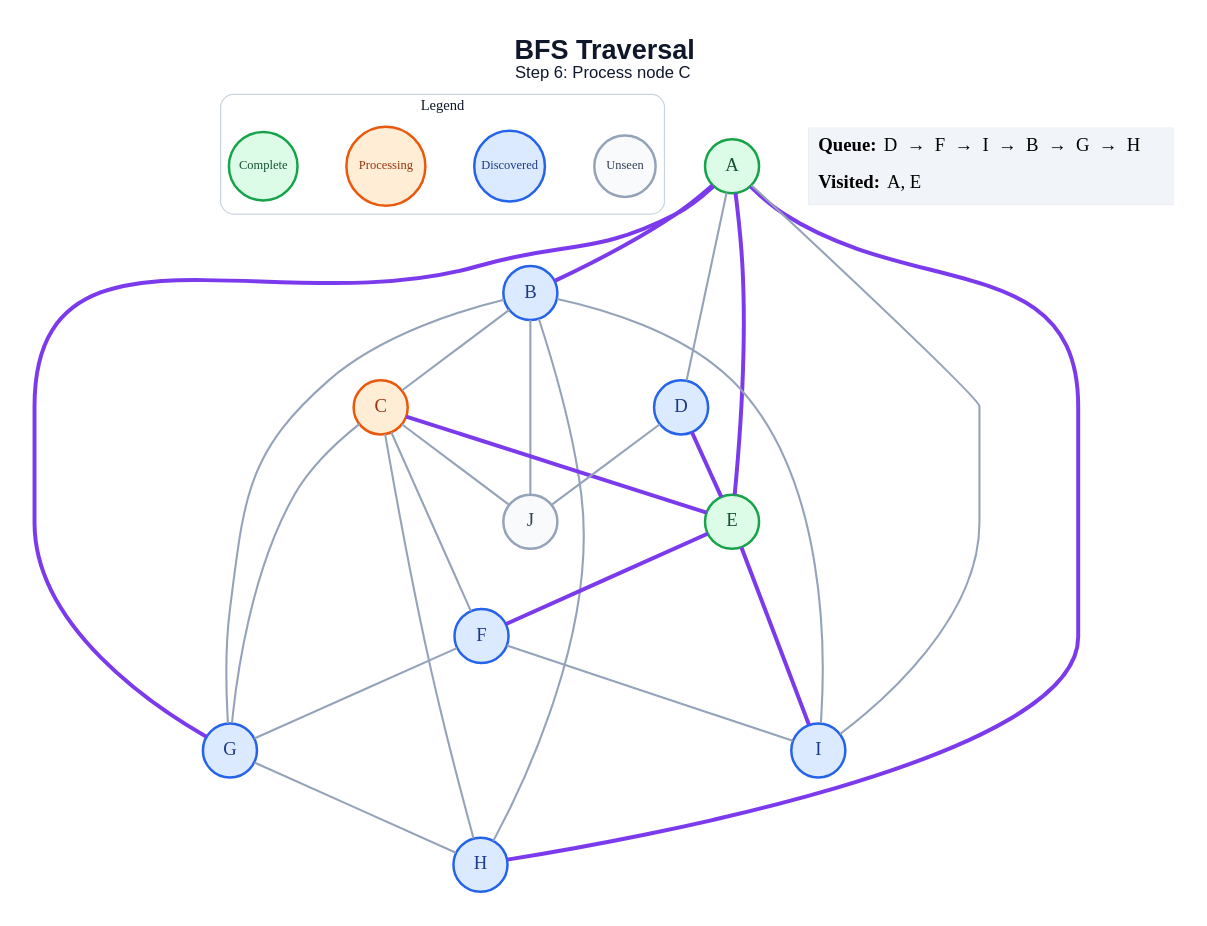
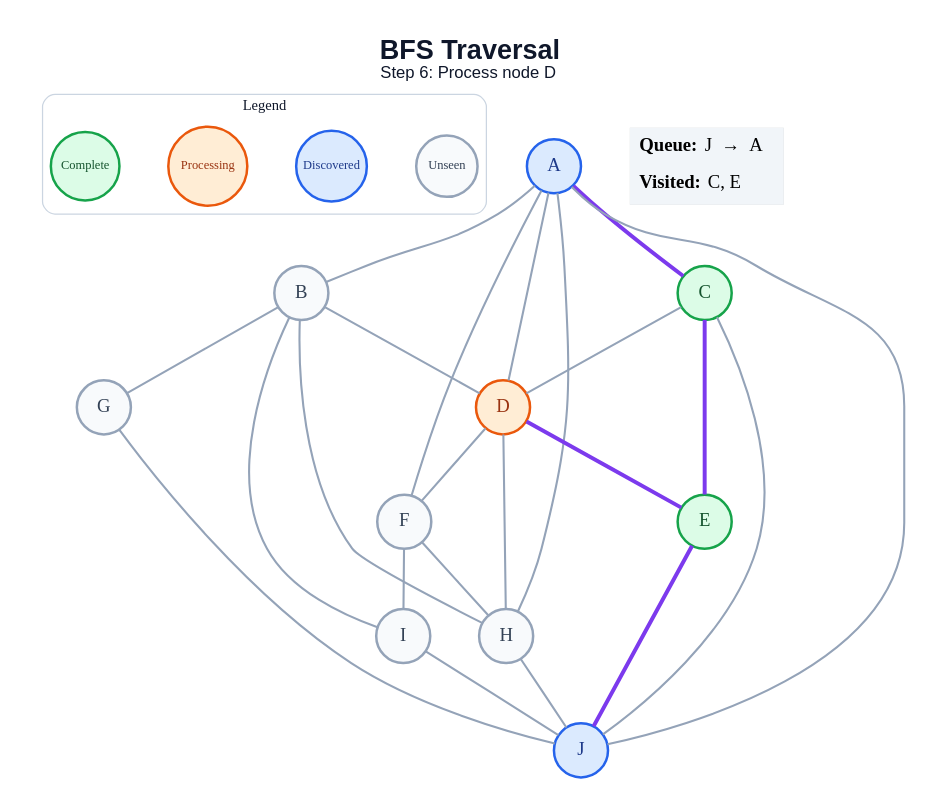
The diagram in generated/specific-node/bfs/step_06.dot (amanghodawala9/ai-slop), drawn with Graphviz before and after one commit. The commit also changed 178 other files, not shown here.

```diff
--- a/generated/specific-node/bfs/step_06.dot
+++ b/generated/specific-node/bfs/step_06.dot
@@ -1,52 +1,51 @@
 graph traversal {
   graph [layout=dot, rankdir=TB, bgcolor="#FFFFFF", pad="0.35", nodesep="0.65", ranksep="0.8", fontname="Arial"];
   node [shape=circle, style="filled", fontname="Arial Bold", fontsize=18, width=0.72, fixedsize=true, penwidth=2.4];
   edge [color="#94A3B8", penwidth=2.0];
-  label=<<B>BFS Traversal</B><BR/><FONT POINT-SIZE="16">Step 6: Process node C</FONT>>; labelloc="t"; fontsize=26; fontname="Arial"; fontcolor="#0F172A";
+  label=<<B>BFS Traversal</B><BR/><FONT POINT-SIZE="16">Step 6: Process node D</FONT>>; labelloc="t"; fontsize=26; fontname="Arial"; fontcolor="#0F172A";
   subgraph cluster_legend { label="Legend"; color="#CBD5E1"; penwidth=1.2; style="rounded"; fontsize=14; fontname="Arial Bold";
     key_unseen [label="Unseen", fillcolor="#F8FAFC", color="#94A3B8", fontcolor="#334155", fontsize=12, width=0.82];
     key_frontier [label="Discovered", fillcolor="#DBEAFE", color="#2563EB", fontcolor="#1E3A8A", fontsize=12, width=0.95];
     key_current [label="Processing", fillcolor="#FFEDD5", color="#EA580C", fontcolor="#9A3412", fontsize=12, width=1.05];
     key_done [label="Complete", fillcolor="#DCFCE7", color="#16A34A", fontcolor="#14532D", fontsize=12, width=0.92];
     { rank=same; key_unseen; key_frontier; key_current; key_done; }
   }
-  A [fillcolor="#DCFCE7", color="#16A34A", fontcolor="#14532D"];
-  B [fillcolor="#DBEAFE", color="#2563EB", fontcolor="#1E3A8A"];
-  C [fillcolor="#FFEDD5", color="#EA580C", fontcolor="#9A3412"];
-  D [fillcolor="#DBEAFE", color="#2563EB", fontcolor="#1E3A8A"];
+  A [fillcolor="#DBEAFE", color="#2563EB", fontcolor="#1E3A8A"];
+  B [fillcolor="#F8FAFC", color="#94A3B8", fontcolor="#334155"];
+  C [fillcolor="#DCFCE7", color="#16A34A", fontcolor="#14532D"];
+  D [fillcolor="#FFEDD5", color="#EA580C", fontcolor="#9A3412"];
   E [fillcolor="#DCFCE7", color="#16A34A", fontcolor="#14532D"];
-  F [fillcolor="#DBEAFE", color="#2563EB", fontcolor="#1E3A8A"];
-  G [fillcolor="#DBEAFE", color="#2563EB", fontcolor="#1E3A8A"];
-  H [fillcolor="#DBEAFE", color="#2563EB", fontcolor="#1E3A8A"];
-  I [fillcolor="#DBEAFE", color="#2563EB", fontcolor="#1E3A8A"];
-  J [fillcolor="#F8FAFC", color="#94A3B8", fontcolor="#334155"];
-  A -- B [color="#7C3AED", penwidth=3.8];
+  F [fillcolor="#F8FAFC", color="#94A3B8", fontcolor="#334155"];
+  G [fillcolor="#F8FAFC", color="#94A3B8", fontcolor="#334155"];
+  H [fillcolor="#F8FAFC", color="#94A3B8", fontcolor="#334155"];
+  I [fillcolor="#F8FAFC", color="#94A3B8", fontcolor="#334155"];
+  J [fillcolor="#DBEAFE", color="#2563EB", fontcolor="#1E3A8A"];
+  A -- B;
+  A -- C [color="#7C3AED", penwidth=3.8];
   A -- D;
-  A -- E [color="#7C3AED", penwidth=3.8];
-  A -- G [color="#7C3AED", penwidth=3.8];
-  A -- H [color="#7C3AED", penwidth=3.8];
-  A -- I;
-  B -- C;
+  A -- F;
+  A -- H;
+  A -- J;
+  B -- D;
   B -- G;
   B -- H;
   B -- I;
-  B -- J;
+  C -- D;
   C -- E [color="#7C3AED", penwidth=3.8];
-  C -- F;
-  C -- G;
-  C -- H;
   C -- J;
   D -- E [color="#7C3AED", penwidth=3.8];
-  D -- J;
-  E -- F [color="#7C3AED", penwidth=3.8];
-  E -- I [color="#7C3AED", penwidth=3.8];
-  F -- G;
+  D -- F;
+  D -- H;
+  E -- J [color="#7C3AED", penwidth=3.8];
+  F -- H;
   F -- I;
-  G -- H;
+  G -- J;
+  H -- J;
+  I -- J;
   status [shape=plain, fixedsize=false, width=0, height=0, margin=0, label=<
     <TABLE BORDER="0" CELLBORDER="0" CELLPADDING="7" BGCOLOR="#F1F5F9">
-      <TR><TD ALIGN="LEFT"><B>Queue:</B> D  →  F  →  I  →  B  →  G  →  H</TD></TR>
-      <TR><TD ALIGN="LEFT"><B>Visited:</B> A, E</TD></TR>
+      <TR><TD ALIGN="LEFT"><B>Queue:</B> J  →  A</TD></TR>
+      <TR><TD ALIGN="LEFT"><B>Visited:</B> C, E</TD></TR>
     </TABLE>
   >];
 }
```
